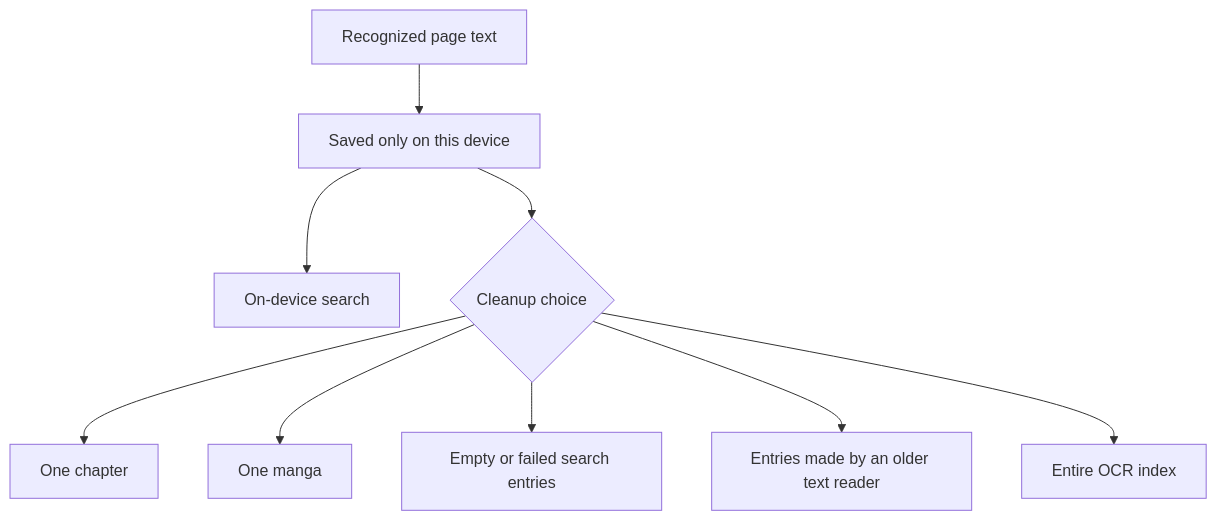
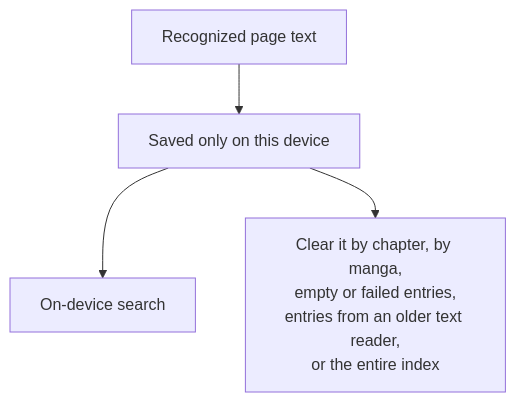
Before and after one commit to FancyCorey/komikku-fc: the fourth of 4 diagrams in docs/kmk/feature-guides/ocr.md, drawn with Mermaid. The commit also changed other lines of this file and 93 other files, not shown here.

````diff
--- a/docs/kmk/feature-guides/ocr.md
+++ b/docs/kmk/feature-guides/ocr.md
@@ -74,11 +77,6 @@
 ```mermaid
 flowchart TD
     Text["Recognized page text"] --> Local["Saved only on this device"]
     Local --> Search["On-device search"]
-    Local --> Clear{"Cleanup choice"}
-    Clear --> Chapter["One chapter"]
-    Clear --> Manga["One manga"]
-    Clear --> Failed["Empty or failed search entries"]
-    Clear --> Old["Entries made by an older text reader"]
-    Clear --> All["Entire OCR index"]
+    Local --> Clear["Clear it by chapter, by manga,<br/>empty or failed entries,<br/>entries from an older text reader,<br/>or the entire index"]
 ```
````
